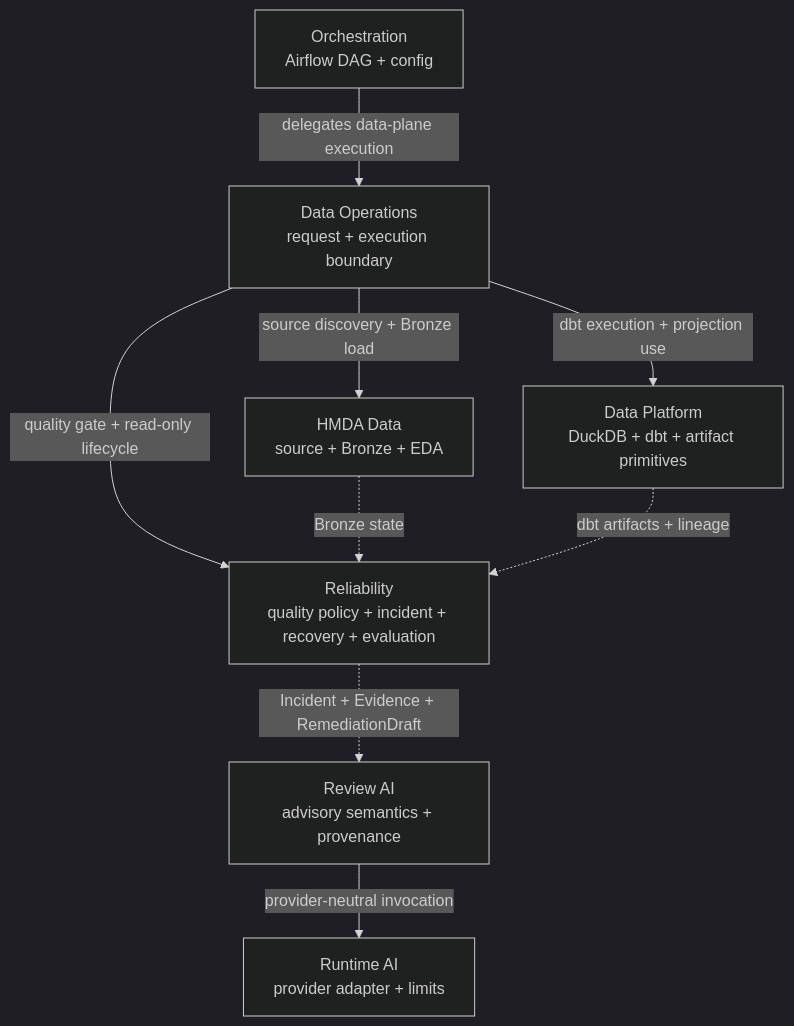
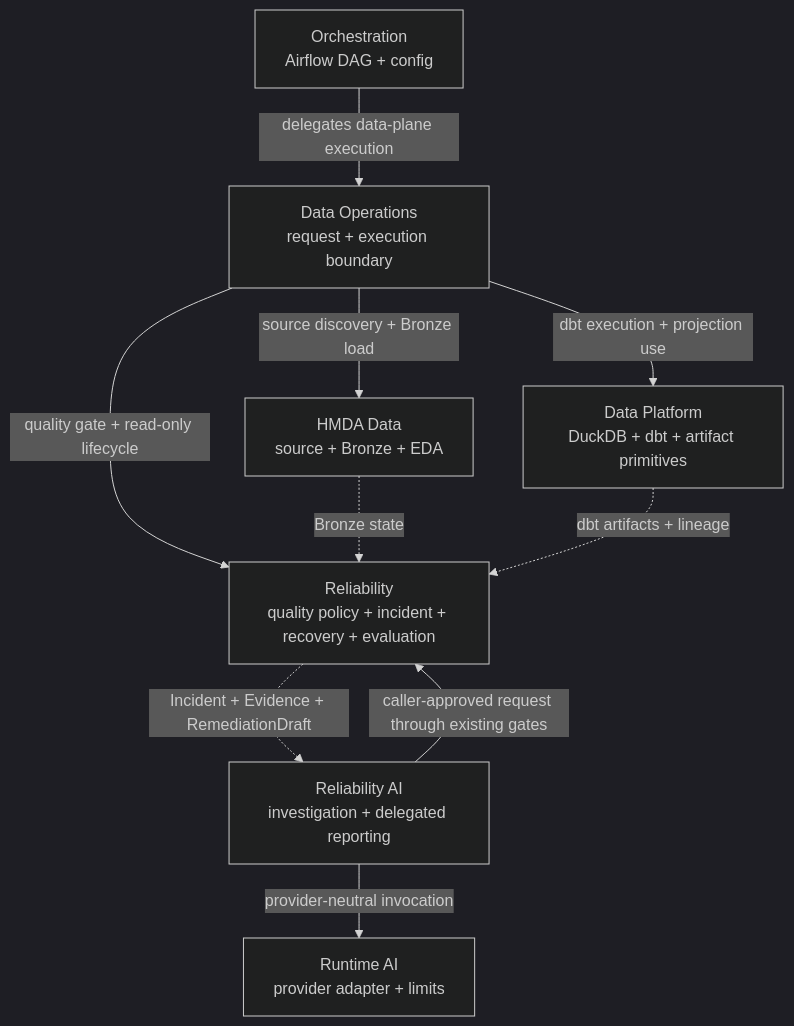
Before and after one commit to mols3131d/hmda-data-reliability: the diagram in docs/domains/OVERVIEW.md, drawn with Mermaid (dark theme). The commit also changed other lines of this file and 45 other files, not shown here.

````diff
--- a/docs/domains/OVERVIEW.md
+++ b/docs/domains/OVERVIEW.md
@@ -26,11 +26,12 @@
 ```mermaid
 flowchart TB
     orchestration["Orchestration<br/>Airflow DAG + config"] -->|delegates data-plane execution| operations["Data Operations<br/>request + execution boundary"]
     operations -->|source discovery + Bronze load| hmda["HMDA Data<br/>source + Bronze + EDA"]
     operations -->|dbt execution + projection use| platform["Data Platform<br/>DuckDB + dbt + artifact primitives"]
     operations -->|quality gate + read-only lifecycle| reliability["Reliability<br/>quality policy + incident + recovery + evaluation"]
     hmda -.->|Bronze state| reliability
     platform -.->|dbt artifacts + lineage| reliability
-    reliability -.->|Incident + Evidence + RemediationDraft| review["Review AI<br/>advisory semantics + provenance"]
+    reliability -.->|Incident + Evidence + RemediationDraft| review["Reliability AI<br/>investigation + delegated reporting"]
     review -->|provider-neutral invocation| runtime["Runtime AI<br/>provider adapter + limits"]
+    review -->|caller-approved request through existing gates| reliability
 ```
````
